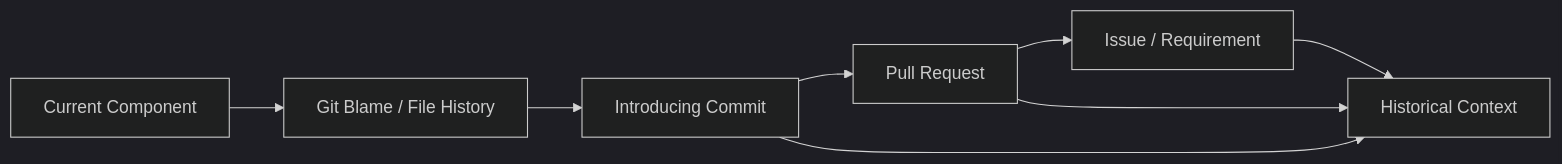
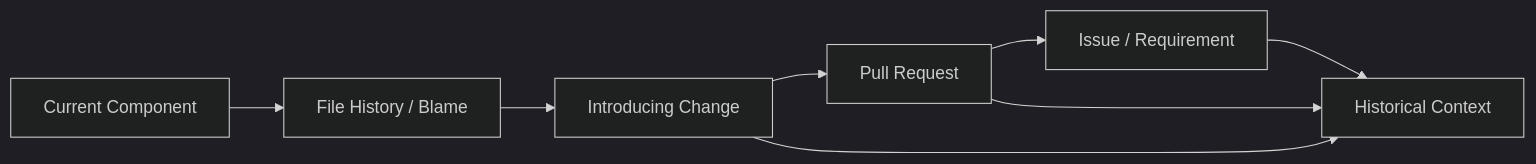
The third of 4 diagrams in ARCHITECTURE.md (ShlokRamteke/CodeAtlas), drawn with Mermaid (dark theme) before and after one commit. The commit also changed other lines of this file and 11 other files, not shown here.

Commit message:
docs: sync live architecture, roadmap, decisions, and phase specs with v5

````diff
--- a/ARCHITECTURE.md
+++ b/ARCHITECTURE.md
@@ -153,13 +251,10 @@
 ```mermaid
 flowchart LR
-    CODE[Current Component]
-        --> BLAME[Git Blame / File History]
-
-    BLAME --> COMMIT[Introducing Commit]
+    CODE[Current Component] --> BLAME[File History / Blame]
+    BLAME --> COMMIT[Introducing Change]
     COMMIT --> PR[Pull Request]
     PR --> ISSUE[Issue / Requirement]
-
     ISSUE --> CONTEXT[Historical Context]
     PR --> CONTEXT
     COMMIT --> CONTEXT
 ```
````
